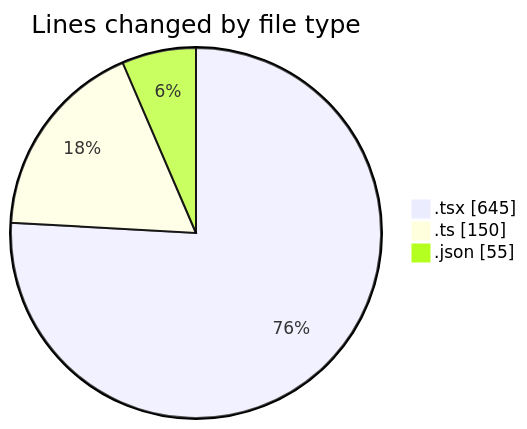
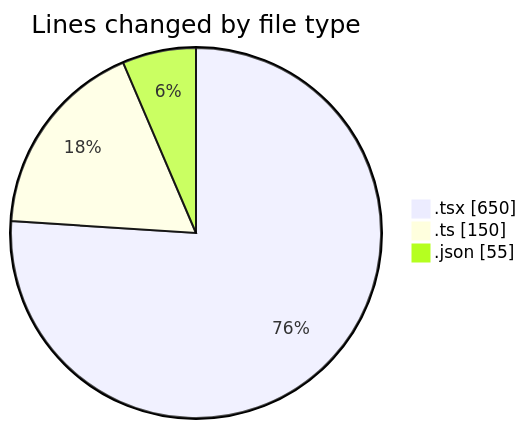
Before and after one commit to julien-gomy/code-tracking: the first of 2 diagrams in 2025-10-21/eventscop-frontend-guide__workspace_/README.md, drawn with Mermaid. The commit also changed other lines of this file and 1 other file, not shown here.

````diff
--- a/2025-10-21/eventscop-frontend-guide__workspace_/README.md
+++ b/2025-10-21/eventscop-frontend-guide__workspace_/README.md
@@ -29,7 +29,7 @@
 ```mermaid
 pie showData
 title Lines changed by file type
-".tsx" : 645
+".tsx" : 650
 ".ts" : 150
 ".json" : 55
 ```
````
